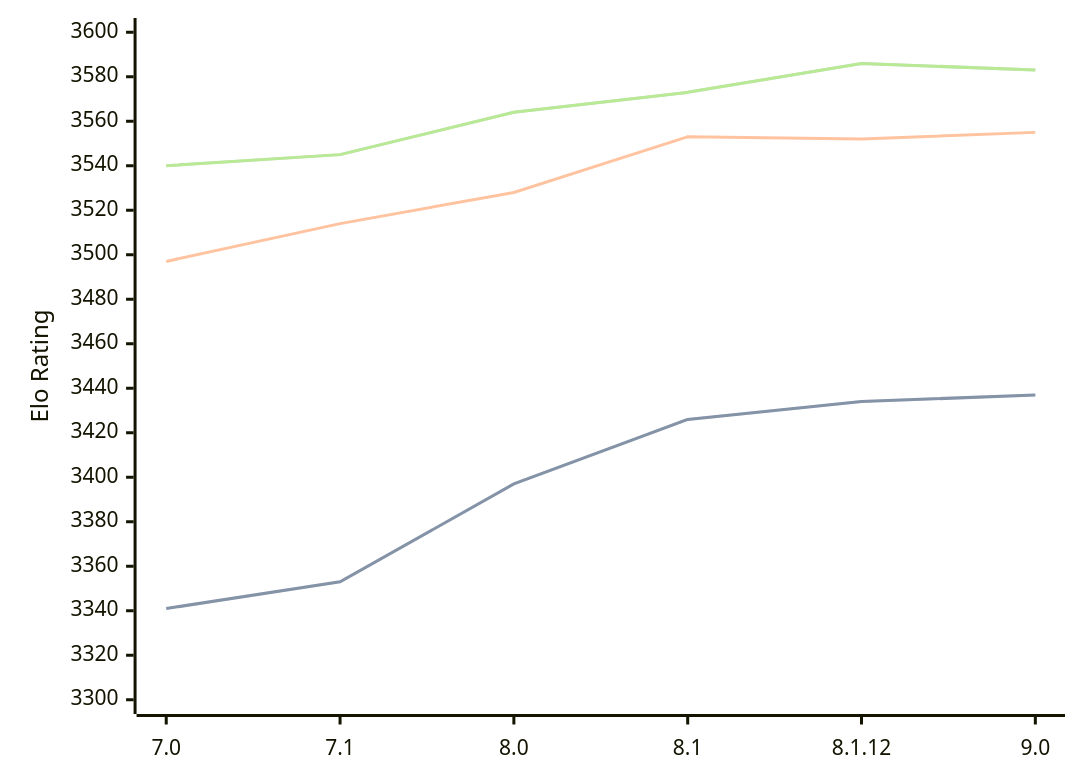
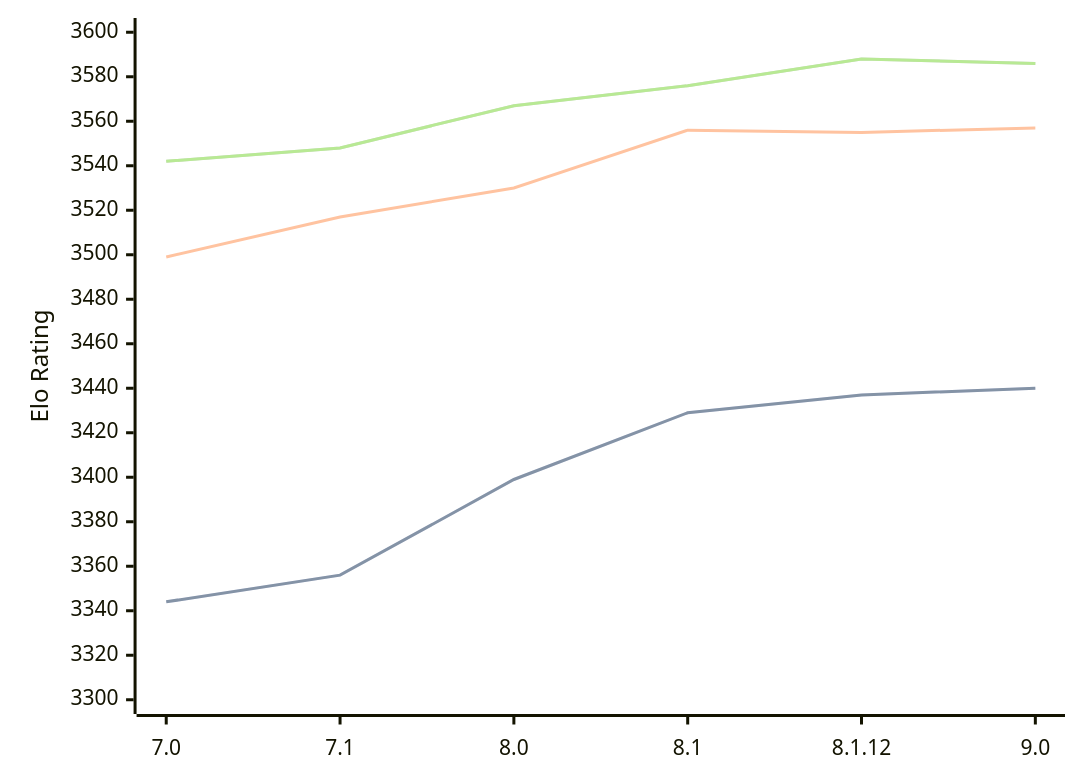
Before and after one commit to computer-chess-index/cci: the diagram in engines/Alexandria.md, drawn with Mermaid. The commit also changed other lines of this file, not shown here.

Commit message:
Update CCI Ratings (ELO VLTC) - 2026-09-24

````diff
--- a/engines/Alexandria.md
+++ b/engines/Alexandria.md
@@ -36,11 +36,11 @@
 ```mermaid
 %%{init: {"theme":"base","themeVariables":{"seriesColors:['#a3a3a3','#222221','#faa371']}}}%%
 xychart-beta
   x-axis ["7.0", "7.1", "8.0", "8.1", "8.1.12", "9.0"]
   y-axis "Elo Rating" 3300 --> 3600
-  line "" [3341, 3353, 3397, 3426, 3434, 3437]
-  line "STC (8.0+0.08s)" [3341, 3353, 3397, 3426, 3434, 3437]
-  line "LTC (60.0+0.60s)" [3497, 3514, 3528, 3553, 3552, 3555]
-  line "" [3540, 3545, 3564, 3573, 3586, 3583]
-  line "VLTC (2m24s+1.12s)" [3540, 3545, 3564, 3573, 3586, 3583]
+  line "" [3344, 3356, 3399, 3429, 3437, 3440]
+  line "STC (8.0+0.08s)" [3344, 3356, 3399, 3429, 3437, 3440]
+  line "LTC (60.0+0.60s)" [3499, 3517, 3530, 3556, 3555, 3557]
+  line "" [3542, 3548, 3567, 3576, 3588, 3586]
+  line "VLTC (2m24s+1.12s)" [3542, 3548, 3567, 3576, 3588, 3586]
 ```
````
